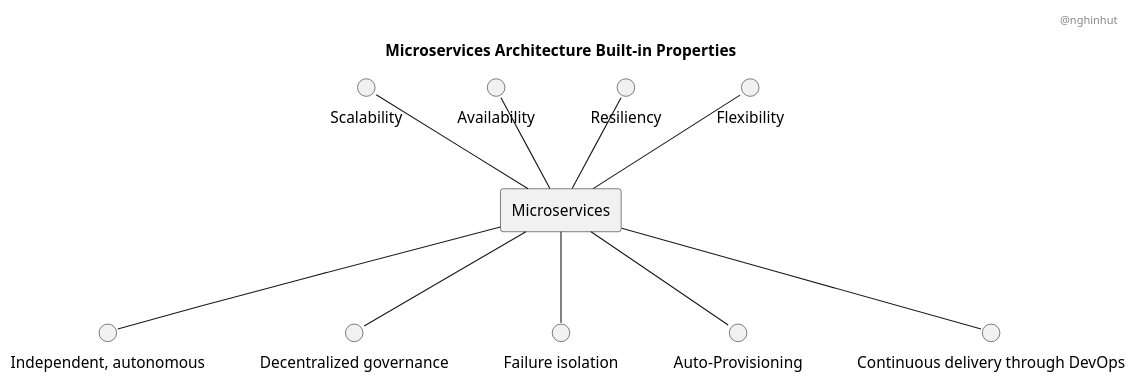
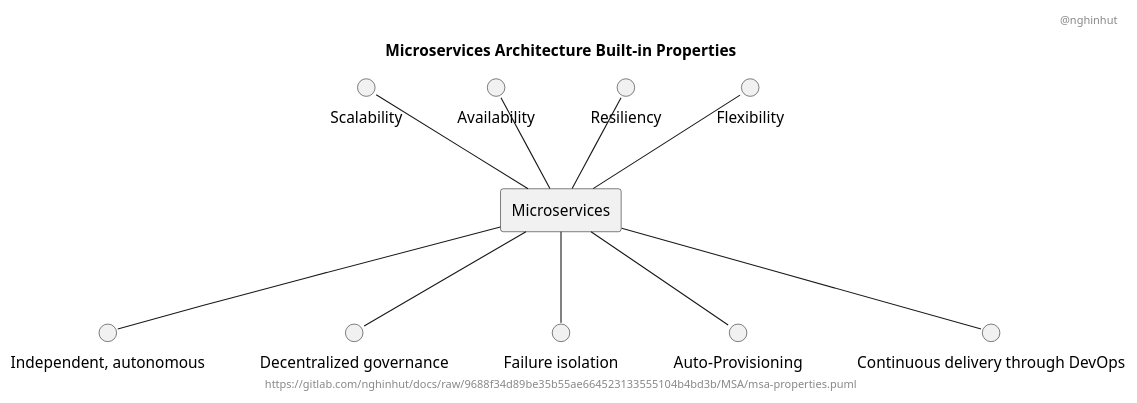
One commit to nghinhut/docs changed the diagram in MSA/msa-properties.puml. Above: the diagram before and after it, drawn with PlantUML. The commit also changed 18 other files, not shown here.

Commit message:
Update diagrams

```diff
--- a/MSA/msa-properties.puml
+++ b/MSA/msa-properties.puml
@@ -1,30 +1,34 @@
 @startuml
-'-----BEGIN HEADER-----
-'-----END HEADER-----
+'-----START auto generated metadata please keep comment here to allow auto update-----
+'-----DON'T EDIT THIS SECTION, INSTEAD RE-RUN prebuild.sh TO UPDATE-----
+header @nghinhut
+footer https://gitlab.com/nghinhut/docs/raw/9688f34d89be35b55ae664523133555104b4bd3b/MSA/msa-properties.puml
+'-----END auto generated metadata please keep comment here to allow auto update-----
+
 
 header @nghinhut
 title Microservices Architecture Built-in Properties
 
 rectangle "Microservices" as msa
 
 circle "Scalability" as scalability
 circle "Availability" as availability
 circle "Resiliency" as resiliency
 circle "Flexibility" as flexibility
 circle "Independent, autonomous" as independent_autonomous
 circle "Decentralized governance" as decentralized_governance
 circle "Failure isolation" as failure_isolation
 circle "Auto-Provisioning" as auto_provisioning
 circle "Continuous delivery through DevOps" as cd
 
 scalability -- msa
 availability -- msa
 resiliency -- msa
 flexibility -- msa
 msa -- independent_autonomous
 msa -- decentralized_governance
 msa -- failure_isolation
 msa -- auto_provisioning
 msa -- cd
 
 @enduml
```
